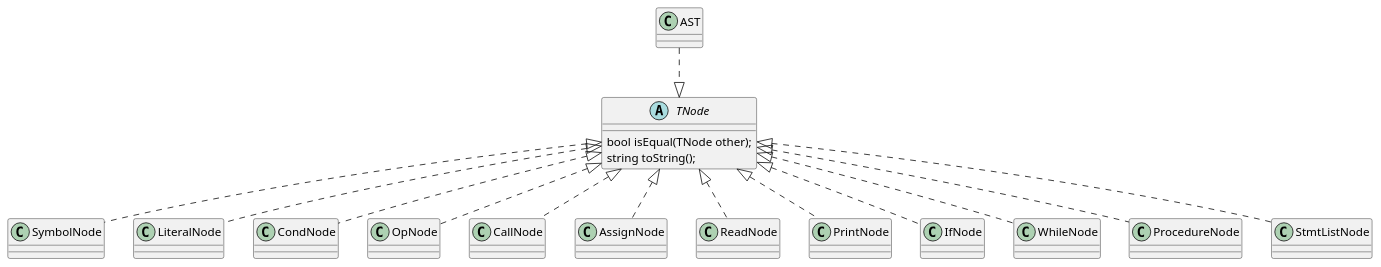
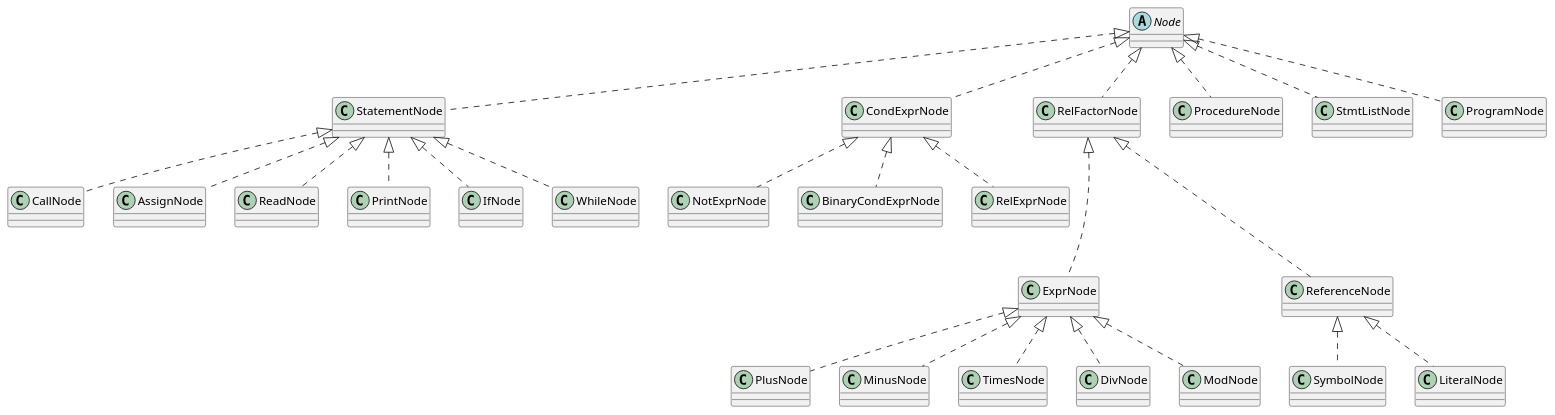
One commit to mazx4960/static-analyzer changed the diagram in docs/diagrams/SPASTClassDiagram.puml. Above: the diagram before and after it, drawn with PlantUML. The commit also changed 7 other files, not shown here.

Commit message:
feat: update SP class diagrams

```diff
--- a/docs/diagrams/SPASTClassDiagram.puml
+++ b/docs/diagrams/SPASTClassDiagram.puml
@@ -1,44 +1,49 @@
 @startuml
 
-abstract class TNode {
-    bool isEqual(TNode other);
-    string toString();
-}
-class AST
+abstract class Node
 class SymbolNode
 class LiteralNode
-class CondNode
-class OpNode
 class CallNode
 class AssignNode
 class ReadNode
 class PrintNode
 class IfNode
 class WhileNode
 class ProcedureNode
 class StmtListNode
 
-'root node
-AST .down.|> TNode
+'base nodes
+ProgramNode .up.|> Node
+ProcedureNode .up.|> Node
+StmtListNode .up.|> Node
+StatementNode .up.|> Node
+CondExprNode .up.|> Node
+RelFactorNode .up.|> Node
 
 'atomic nodes
-SymbolNode .up.|> TNode
-LiteralNode .up.|> TNode
+ReferenceNode ..up.|> RelFactorNode
+SymbolNode .up.|> ReferenceNode
+LiteralNode .up.|> ReferenceNode
 
 'expression nodes
-CondNode .up.|> TNode
-OpNode .up.|> TNode
+ExprNode ..up.|> RelFactorNode
+PlusNode .up.|> ExprNode
+MinusNode .up.|> ExprNode
+TimesNode .up.|> ExprNode
+DivNode .up.|> ExprNode
+ModNode .up.|> ExprNode
 
-'method calls
-CallNode .up.|> TNode
-AssignNode .up.|> TNode
-ReadNode .up.|> TNode
-PrintNode .up.|> TNode
+'cond expr nodes
+NotExprNode .up.|> CondExprNode
+BinaryCondExprNode .up.|> CondExprNode
+RelExprNode .up.|> CondExprNode
 
 'statements
-IfNode .up.|> TNode
-WhileNode .up.|> TNode
-ProcedureNode .up.|> TNode
-StmtListNode .up.|> TNode
+CallNode .up.|> StatementNode
+AssignNode .up.|> StatementNode
+ReadNode .up.|> StatementNode
+PrintNode .up.|> StatementNode
+IfNode .up.|> StatementNode
+WhileNode .up.|> StatementNode
 
 @enduml
```
